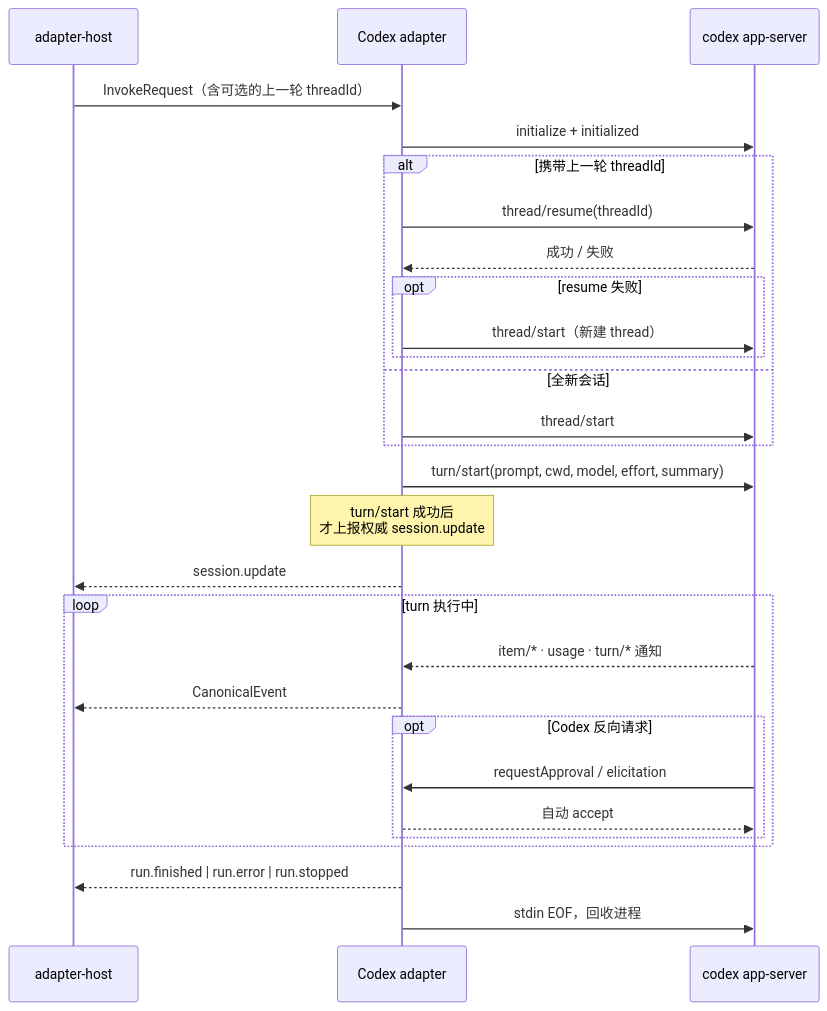
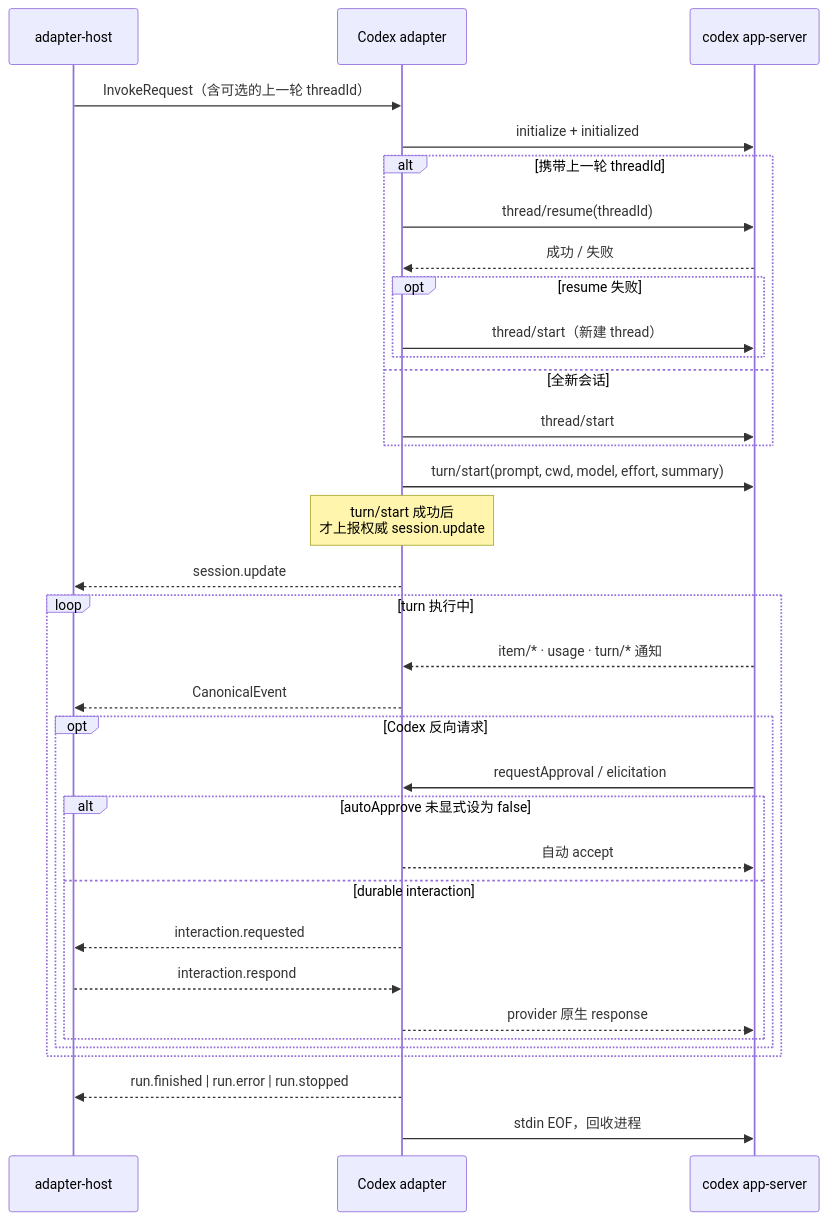
One commit to LarsonLian/octo-runtime changed the diagram in packages/octo-harness-adapter-codex/README.md. Above: the diagram before and after it, drawn with Mermaid. The commit also changed other lines of this file and 4 other files, not shown here.

First line of the commit message:
feat(codex): resume durable provider interactions

````diff
--- a/packages/octo-harness-adapter-codex/README.md
+++ b/packages/octo-harness-adapter-codex/README.md
@@ -17,32 +17,38 @@
 ```mermaid
 sequenceDiagram
     participant Host as adapter-host
     participant A as Codex adapter
     participant C as codex app-server
 
     Host->>A: InvokeRequest（含可选的上一轮 threadId）
     A->>C: initialize + initialized
     alt 携带上一轮 threadId
         A->>C: thread/resume(threadId)
         C-->>A: 成功 / 失败
         opt resume 失败
             A->>C: thread/start（新建 thread）
         end
     else 全新会话
         A->>C: thread/start
     end
     A->>C: turn/start(prompt, cwd, model, effort, summary)
     Note over A: turn/start 成功后<br/>才上报权威 session.update
     A-->>Host: session.update
 
     loop turn 执行中
         C-->>A: item/* · usage · turn/* 通知
         A-->>Host: CanonicalEvent
         opt Codex 反向请求
             C->>A: requestApproval / elicitation
-            A-->>C: 自动 accept
+            alt autoApprove 未显式设为 false
+                A-->>C: 自动 accept
+            else durable interaction
+                A-->>Host: interaction.requested
+                Host-->>A: interaction.respond
+                A-->>C: provider 原生 response
+            end
         end
     end
     A-->>Host: run.finished | run.error | run.stopped
     A->>C: stdin EOF，回收进程
 ```
````
